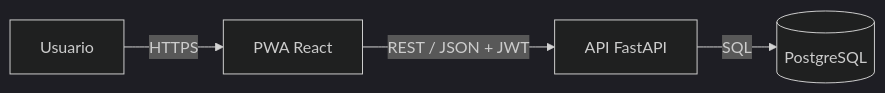
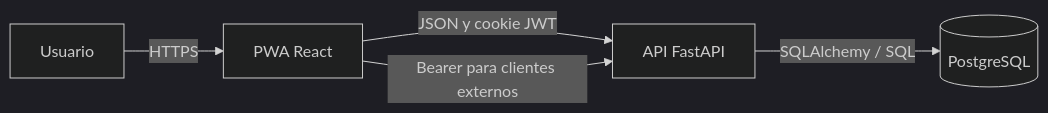
The first of 2 diagrams in docs/arquitectura.md (gabrielamachin/gestor-vehiculos-grupo-117), drawn with Mermaid (dark theme) before and after one commit. The commit also changed other lines of this file and 9 other files, not shown here.

````diff
--- a/docs/arquitectura.md
+++ b/docs/arquitectura.md
@@ -19,6 +7,7 @@
 ```mermaid
 flowchart LR
-    U[Usuario] -->|HTTPS| PWA[PWA React]
-    PWA -->|REST / JSON + JWT| API[API FastAPI]
-    API -->|SQL| DB[(PostgreSQL)]
+    U[Usuario] -->|HTTPS| FE[PWA React]
+    FE -->|JSON y cookie JWT| API[API FastAPI]
+    FE -->|Bearer para clientes externos| API
+    API -->|SQLAlchemy / SQL| DB[(PostgreSQL)]
 ```
````
